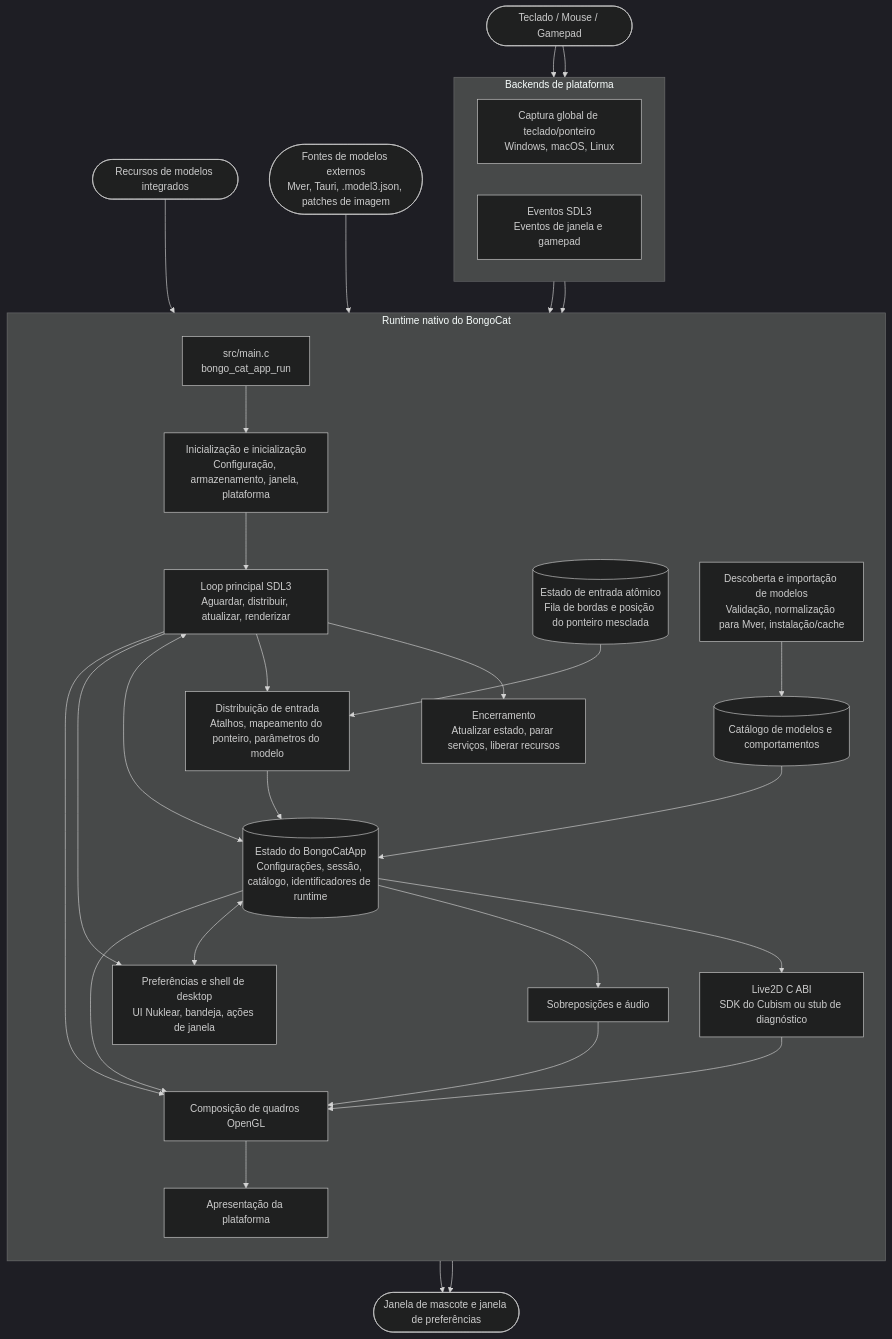
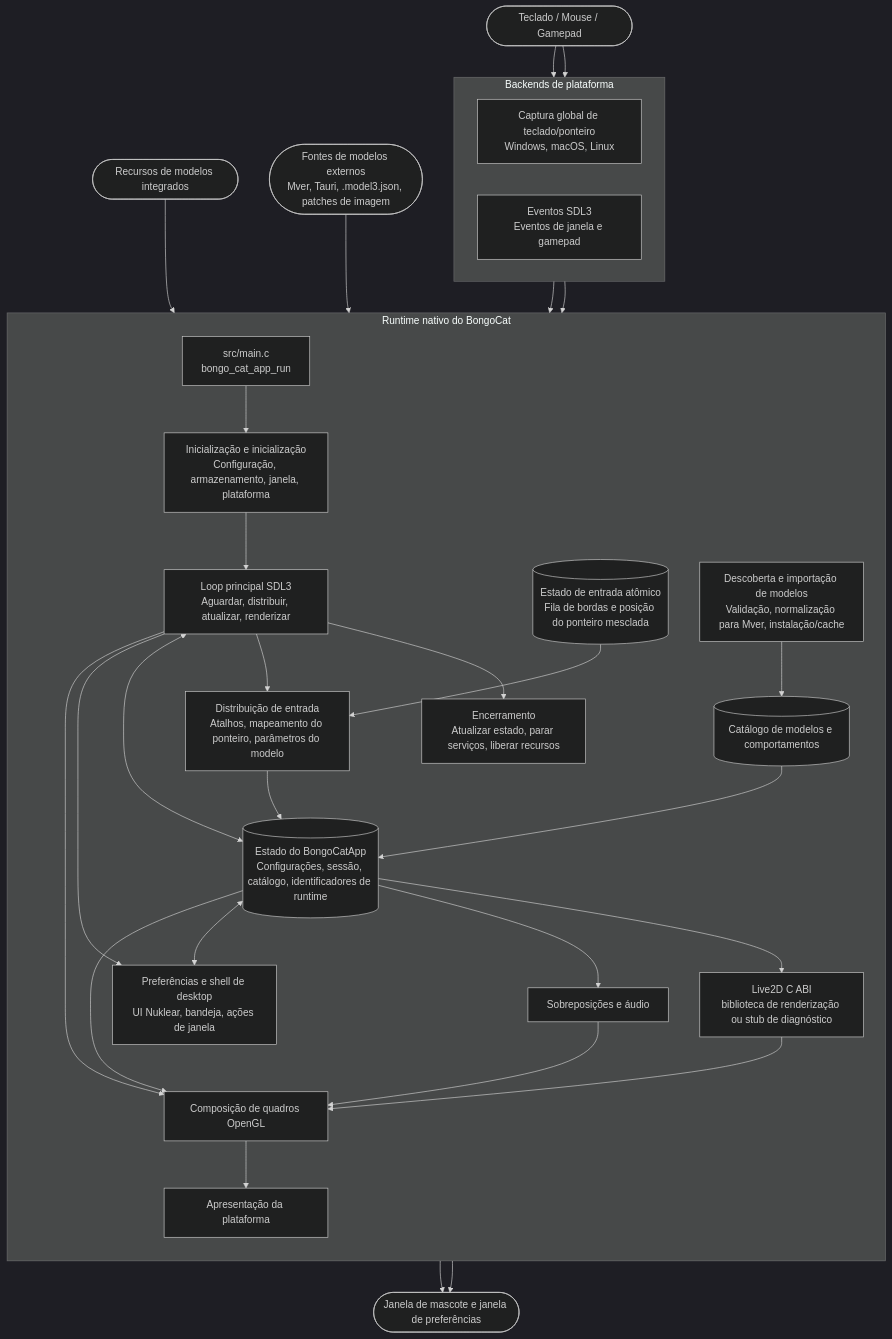
The diagram in docs/README.pt-BR.md (TianMengLucky/BongoCat-X), drawn with Mermaid (dark theme) before and after one commit. The commit also changed other lines of this file and 62 other files, not shown here.

Commit message:
feat. Live2D SDK but Plugin mode

````diff
--- a/docs/README.pt-BR.md
+++ b/docs/README.pt-BR.md
@@ -198,49 +202,49 @@
 ```mermaid
 flowchart TB
   Input(["Teclado / Mouse / Gamepad"])
   BuiltIn(["Recursos de modelos integrados"])
   Sources(["Fontes de modelos externos<br/>Mver, Tauri, .model3.json, patches de imagem"])
   Desktop(["Janela de mascote e janela de preferências"])
   subgraph Runtime["Runtime nativo do BongoCat"]
     direction TB
     Entry["src/main.c<br/>bongo_cat_app_run"]
     Startup["Inicialização e inicialização<br/>Configuração, armazenamento, janela, plataforma"]
     Loop["Loop principal SDL3<br/>Aguardar, distribuir, atualizar, renderizar"]
     Shutdown["Encerramento<br/>Atualizar estado, parar serviços, liberar recursos"]
     InputQueue[("Estado de entrada atômico<br/>Fila de bordas e posição do ponteiro mesclada")]
     InputDispatch["Distribuição de entrada<br/>Atalhos, mapeamento do ponteiro, parâmetros do modelo"]
     State[("Estado do BongoCatApp<br/>Configurações, sessão, catálogo, identificadores de runtime")]
     Import["Descoberta e importação de modelos<br/>Validação, normalização para Mver, instalação/cache"]
     Catalog[("Catálogo de modelos e comportamentos")]
-    Live2D["Live2D C ABI<br/>SDK do Cubism ou stub de diagnóstico"]
+    Live2D["Live2D C ABI<br/>biblioteca de renderização ou stub de diagnóstico"]
     Overlay["Sobreposições e áudio"]
     Preferences["Preferências e shell de desktop<br/>UI Nuklear, bandeja, ações de janela"]
     Compose["Composição de quadros OpenGL"]
     Present["Apresentação da plataforma"]
     Entry --> Startup --> Loop
     Loop --> Shutdown
     Loop --> InputDispatch --> State
     Loop <--> State
     State --> Live2D
     State --> Overlay
     State <--> Preferences
     Loop --> Preferences
     Catalog --> State
     State --> Compose
     Live2D --> Compose
     Overlay --> Compose
     Compose --> Present
     Loop --> Compose
   end
   subgraph Platform["Backends de plataforma"]
     direction LR
     Global["Captura global de teclado/ponteiro<br/>Windows, macOS, Linux"]
     SDL["Eventos SDL3<br/>Eventos de janela e gamepad"]
   end
   Input --> Global --> InputQueue --> InputDispatch
   Input --> SDL --> Loop
   BuiltIn --> Catalog
   Sources --> Import --> Catalog
   Present --> Desktop
   Preferences --> Desktop
 ```
````
